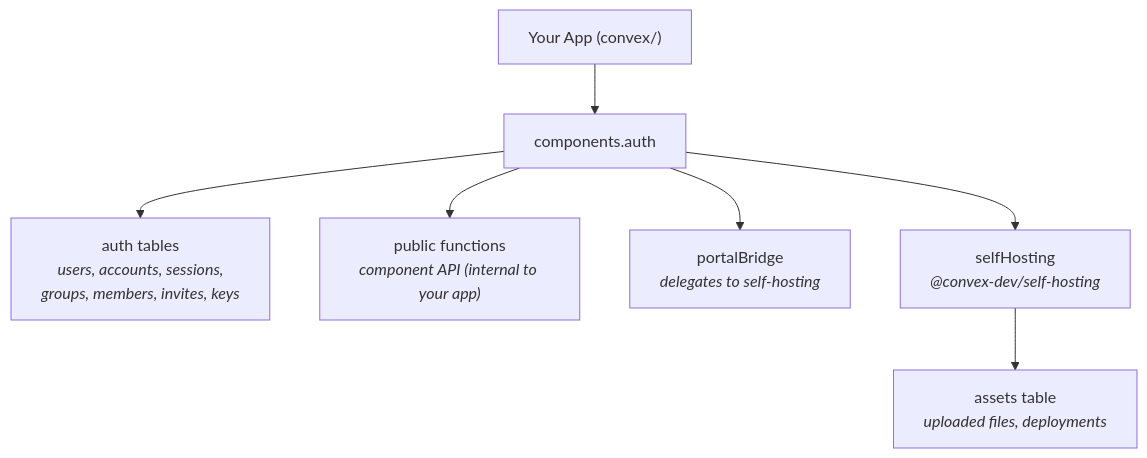
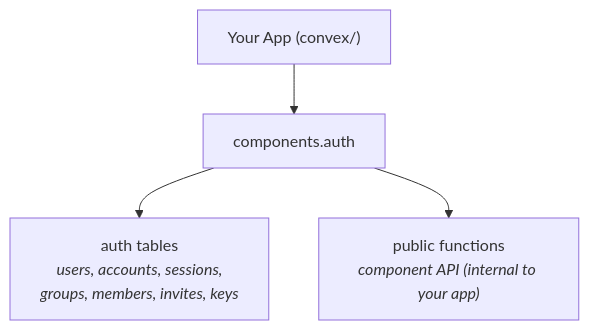
One commit to robelest/convex-auth changed the second of 2 diagrams in README.md. Above: the diagram before and after it, drawn with Mermaid. The commit also changed other lines of this file and 1 other file, not shown here.

First line of the commit message:
docs(auth): remove portal docs from READMEs

````diff
--- a/README.md
+++ b/README.md
@@ -1038,10 +966,7 @@
 ```mermaid
 graph TD
     App["Your App (convex/)"]
     App --> Auth["components.auth"]
     Auth --> Tables["auth tables<br/><i>users, accounts, sessions,<br/>groups, members, invites, keys</i>"]
     Auth --> Public["public functions<br/><i>component API (internal to your app)</i>"]
-    Auth --> Bridge["portalBridge<br/><i>delegates to self-hosting</i>"]
-    Auth --> SH["selfHosting<br/><i>@convex-dev/self-hosting</i>"]
-    SH --> Assets["assets table<br/><i>uploaded files, deployments</i>"]
 ```
````
